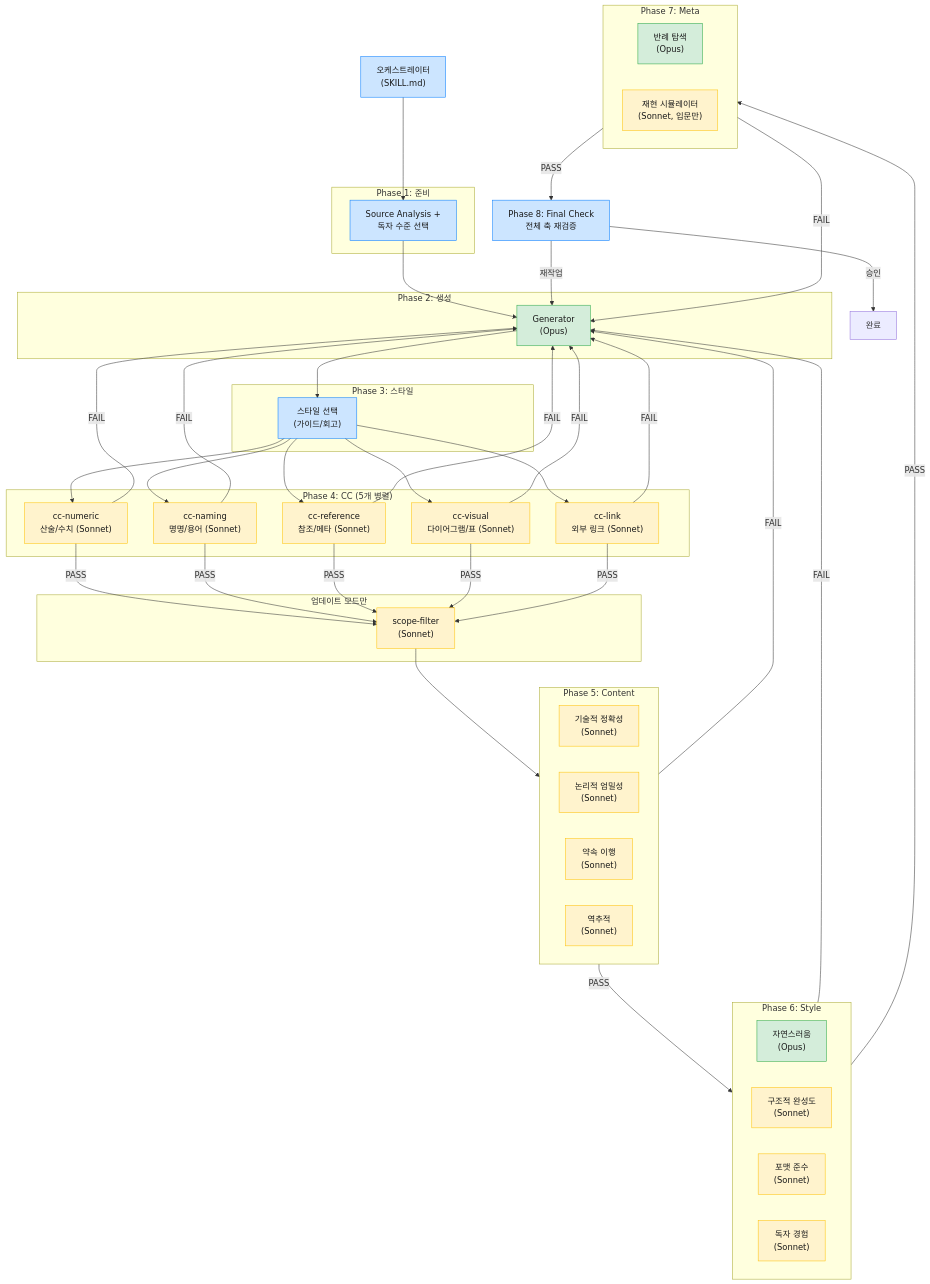
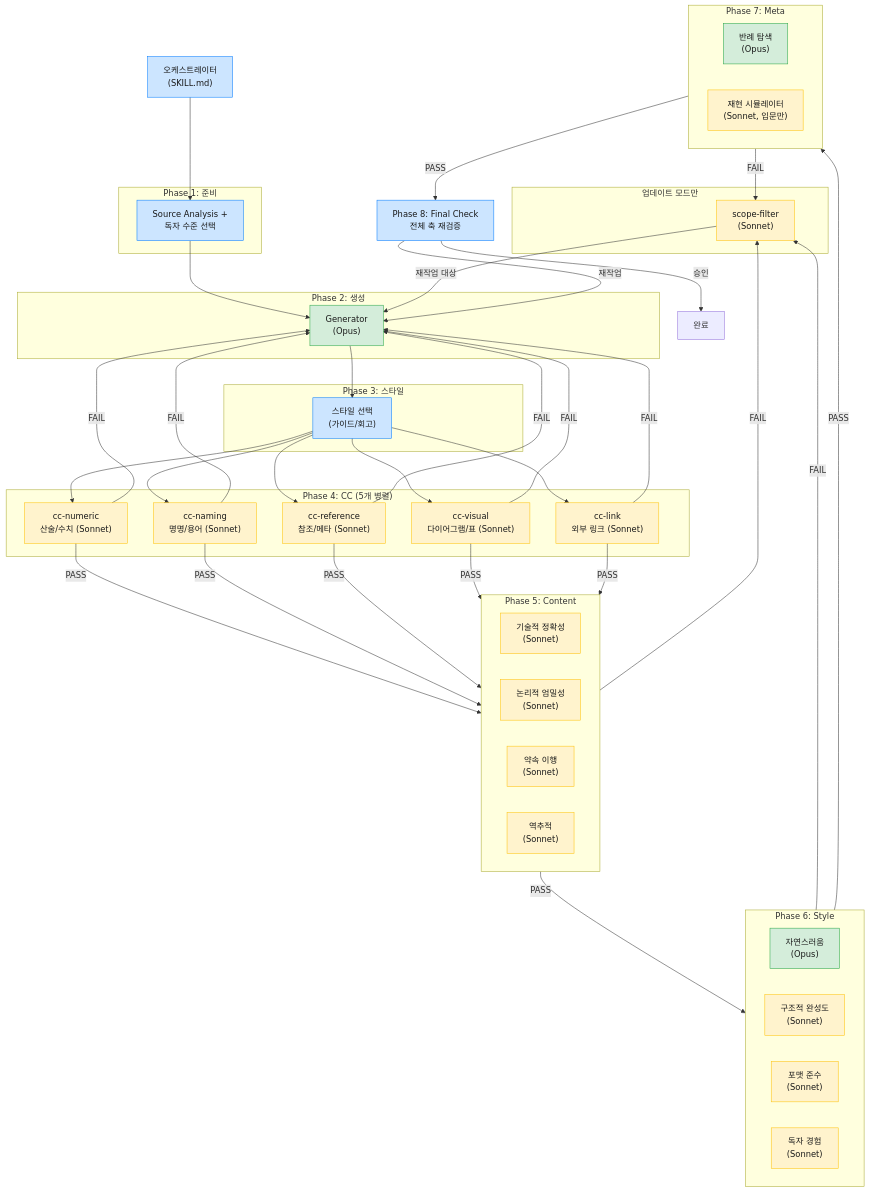
One commit to Epikoding/epikoding.github.io changed the fifth of 6 diagrams in _posts/2026-03-27-claude-code-note-skill-harness-pattern-guide.md. Above: the diagram before and after it, drawn with Mermaid. The commit also changed other lines of this file, not shown here.

Commit message:
blog: round 2 - CC 피드백 반영 (명명 통일, mermaid scope-filter 화살표 수정)

````diff
--- a/_posts/2026-03-27-claude-code-note-skill-harness-pattern-guide.md
+++ b/_posts/2026-03-27-claude-code-note-skill-harness-pattern-guide.md
@@ -392,82 +392,82 @@
 ```mermaid
 flowchart TB
     classDef orchestrator fill:#cce5ff,stroke:#007bff,color:#1a1a1a
     classDef opus fill:#d4edda,stroke:#28a745,color:#1a1a1a
     classDef sonnet fill:#fff3cd,stroke:#ffc107,color:#1a1a1a
     classDef reference fill:#f8f9fa,stroke:#6c757d,color:#1a1a1a
 
     ORCH["오케스트레이터<br/>(SKILL.md)"]:::orchestrator
 
     subgraph PHASE1["Phase 1: 준비"]
         SA["Source Analysis +<br/>독자 수준 선택"]:::orchestrator
     end
 
     subgraph GEN_PHASE["Phase 2: 생성"]
         GEN["Generator<br/>(Opus)"]:::opus
     end
 
     subgraph PHASE3["Phase 3: 스타일"]
         STYLE_SEL["스타일 선택<br/>(가이드/회고)"]:::orchestrator
     end
 
     subgraph CC_PHASE["Phase 4: CC (5개 병렬)"]
         CC1["cc-numeric<br/>산술/수치 (Sonnet)"]:::sonnet
         CC2["cc-naming<br/>명명/용어 (Sonnet)"]:::sonnet
         CC3["cc-reference<br/>참조/메타 (Sonnet)"]:::sonnet
         CC4["cc-visual<br/>다이어그램/표 (Sonnet)"]:::sonnet
         CC5["cc-link<br/>외부 링크 (Sonnet)"]:::sonnet
     end
 
     subgraph SCOPE["업데이트 모드만"]
         SF["scope-filter<br/>(Sonnet)"]:::sonnet
     end
 
     subgraph CONTENT["Phase 5: Content"]
         E1["기술적 정확성<br/>(Sonnet)"]:::sonnet
         E2["논리적 엄밀성<br/>(Sonnet)"]:::sonnet
         E3["약속 이행<br/>(Sonnet)"]:::sonnet
         E4["역추적<br/>(Sonnet)"]:::sonnet
     end
 
     subgraph STYLE["Phase 6: Style"]
         E5["자연스러움<br/>(Opus)"]:::opus
         E6["구조적 완성도<br/>(Sonnet)"]:::sonnet
         E7["포맷 준수<br/>(Sonnet)"]:::sonnet
         E8["독자 경험<br/>(Sonnet)"]:::sonnet
     end
 
     subgraph META["Phase 7: Meta"]
         E9["반례 탐색<br/>(Opus)"]:::opus
         E10["재현 시뮬레이터<br/>(Sonnet, 입문만)"]:::sonnet
     end
 
     FINAL["Phase 8: Final Check<br/>전체 축 재검증"]:::orchestrator
 
     ORCH --> SA
     SA --> GEN
     GEN --> STYLE_SEL
     STYLE_SEL --> CC1
     STYLE_SEL --> CC2
     STYLE_SEL --> CC3
     STYLE_SEL --> CC4
     STYLE_SEL --> CC5
     CC1 -->|FAIL| GEN
     CC2 -->|FAIL| GEN
     CC3 -->|FAIL| GEN
     CC4 -->|FAIL| GEN
     CC5 -->|FAIL| GEN
-    CC1 -->|PASS| SF
-    CC2 -->|PASS| SF
-    CC3 -->|PASS| SF
-    CC4 -->|PASS| SF
-    CC5 -->|PASS| SF
-    SF --> CONTENT
-    CONTENT -->|FAIL| GEN
+    CC1 -->|PASS| CONTENT
+    CC2 -->|PASS| CONTENT
+    CC3 -->|PASS| CONTENT
+    CC4 -->|PASS| CONTENT
+    CC5 -->|PASS| CONTENT
+    CONTENT -->|FAIL| SF
     CONTENT -->|PASS| STYLE
-    STYLE -->|FAIL| GEN
+    STYLE -->|FAIL| SF
     STYLE -->|PASS| META
-    META -->|FAIL| GEN
+    META -->|FAIL| SF
+    SF -->|재작업 대상| GEN
     META -->|PASS| FINAL
     FINAL -->|승인| DONE["완료"]
     FINAL -->|재작업| GEN
 ```
````
